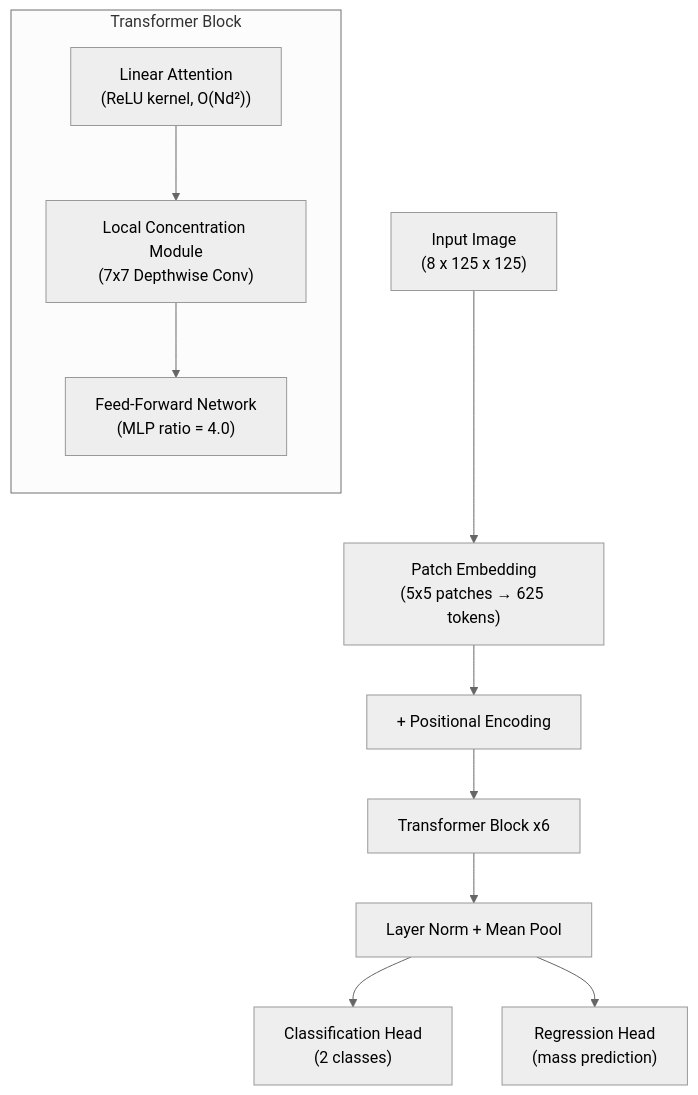
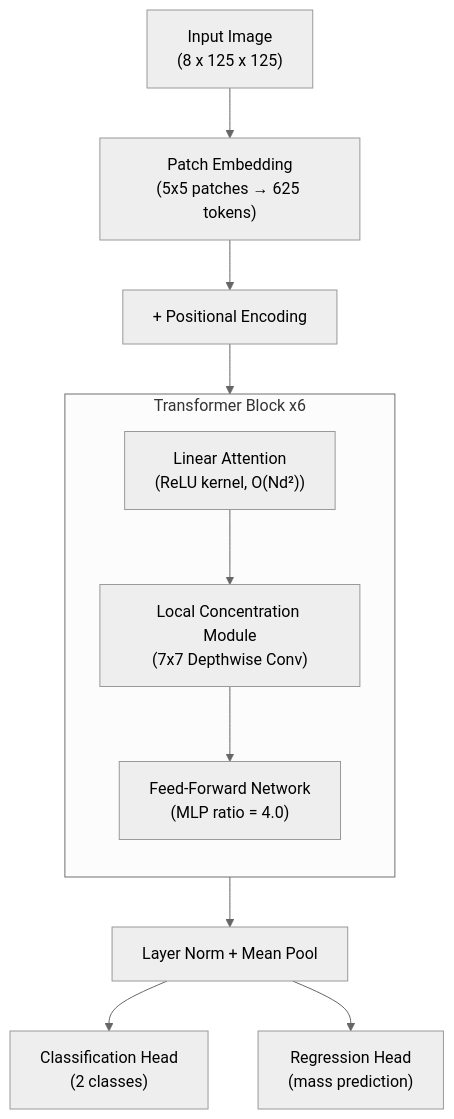
The diagram in README.md (XBastille/linearvit), drawn with Mermaid (neutral theme) before and after one commit. The commit also changed other lines of this file, not shown here.

````diff
--- a/README.md
+++ b/README.md
@@ -32,16 +32,17 @@
 ```mermaid
 graph TD
     A["Input Image<br/>(8 x 125 x 125)"] --> B["Patch Embedding<br/>(5x5 patches → 625 tokens)"]
     B --> C["+ Positional Encoding"]
-    C --> D["Transformer Block x6"]
+    
+    C --> E
 
-    subgraph TB["Transformer Block"]
+    subgraph TB [Transformer Block x6]
         direction TB
         E["Linear Attention<br/>(ReLU kernel, O(Nd²))"] --> F["Local Concentration Module<br/>(7x7 Depthwise Conv)"]
         F --> G["Feed-Forward Network<br/>(MLP ratio = 4.0)"]
     end
 
-    D --> H["Layer Norm + Mean Pool"]
+    G --> H["Layer Norm + Mean Pool"]
     H --> I["Classification Head<br/>(2 classes)"]
     H --> J["Regression Head<br/>(mass prediction)"]
 ```
````
